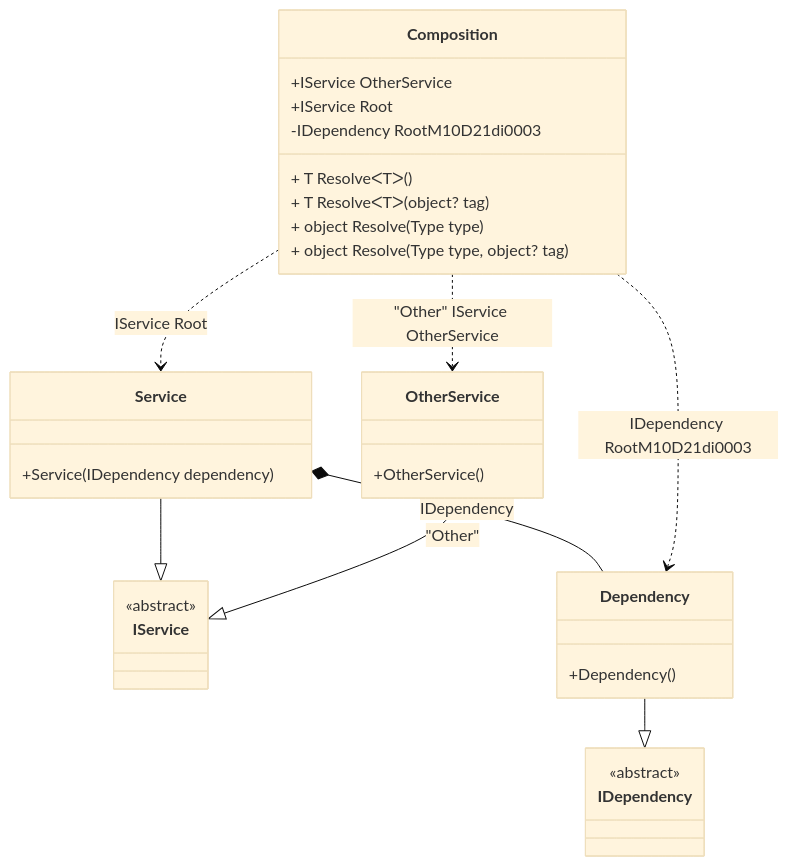
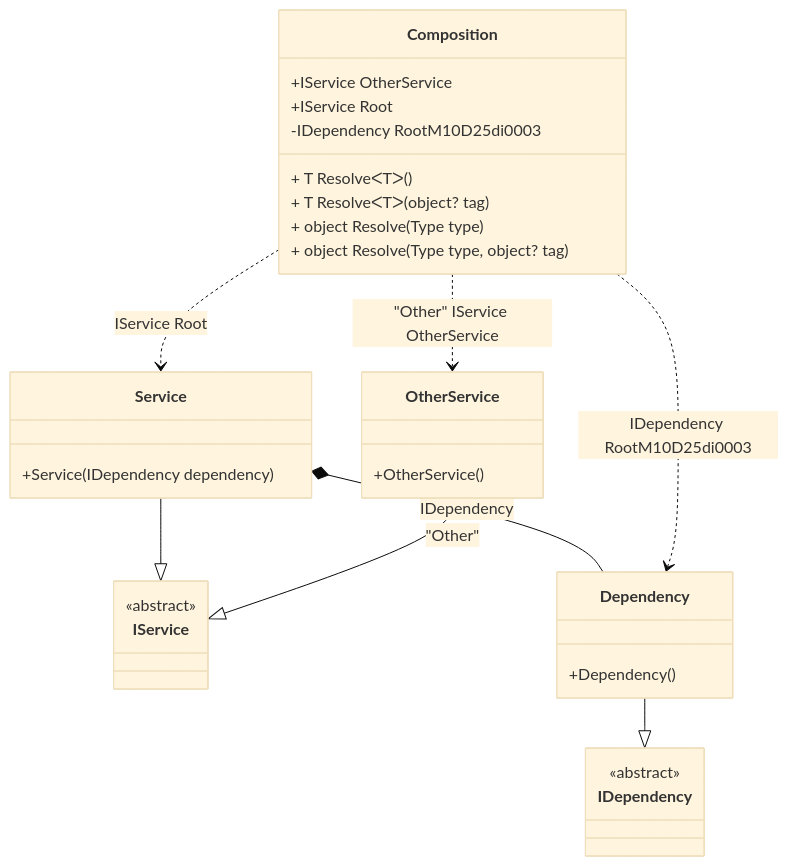
One commit to DevTeam/Pure.DI changed the diagram in readme/composition-roots.md. Above: the diagram before and after it, drawn with Mermaid (base theme). The commit also changed other lines of this file and 72 other files, not shown here.

````diff
--- a/readme/composition-roots.md
+++ b/readme/composition-roots.md
@@ -45,34 +45,34 @@
 ```mermaid
 classDiagram
   class Composition {
     +IService OtherService
     +IService Root
-    -IDependency RootM10D21di0003
+    -IDependency RootM10D25di0003
     + T ResolveᐸTᐳ()
     + T ResolveᐸTᐳ(object? tag)
     + object Resolve(Type type)
     + object Resolve(Type type, object? tag)
   }
   Service --|> IService : 
   class Service {
     +Service(IDependency dependency)
   }
   OtherService --|> IService : "Other" 
   class OtherService {
     +OtherService()
   }
   Dependency --|> IDependency : 
   class Dependency {
     +Dependency()
   }
   class IService {
     <<abstract>>
   }
   class IDependency {
     <<abstract>>
   }
   Service *--  Dependency : IDependency
   Composition ..> Service : IService Root
   Composition ..> OtherService : "Other" IService OtherService
-  Composition ..> Dependency : IDependency RootM10D21di0003
+  Composition ..> Dependency : IDependency RootM10D25di0003
 ```
````
